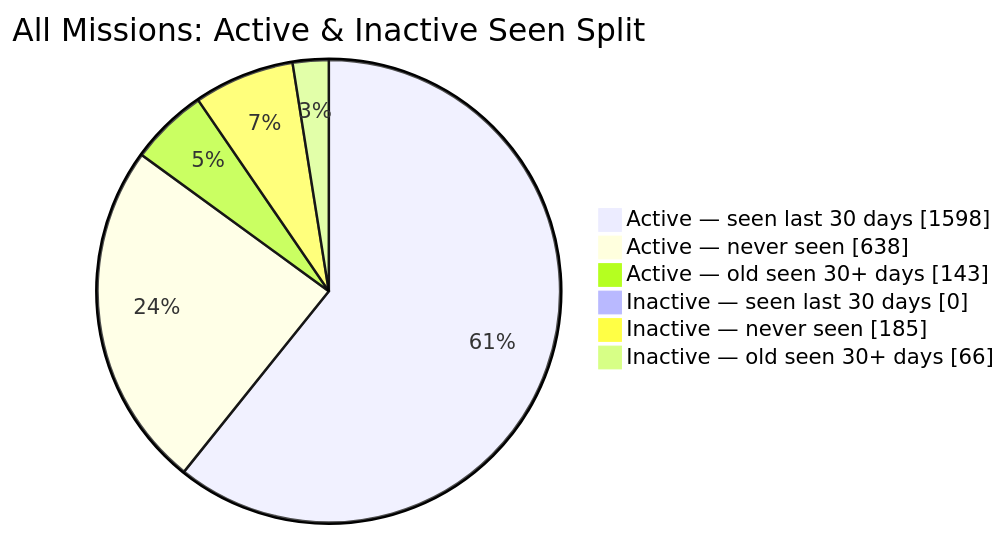
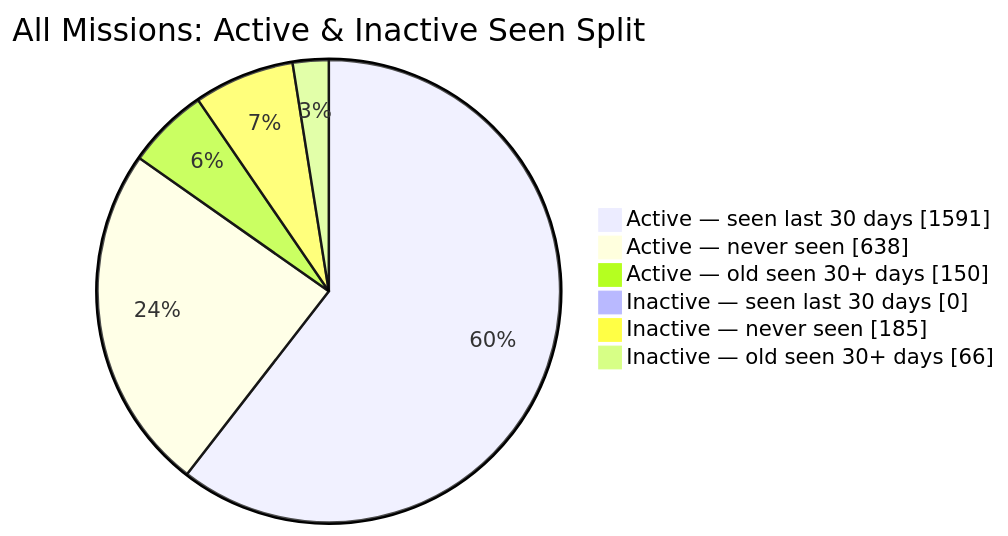
One commit to MeldkamerspelGameTeam/active-missions changed the second of 2 diagrams in README.md. Above: the diagram before and after it, drawn with Mermaid. The commit also changed other lines of this file and 3 other files, not shown here.

````diff
--- a/README.md
+++ b/README.md
@@ -44,10 +44,10 @@
 ```mermaid
 pie showData
     title All Missions: Active & Inactive Seen Split
-    "Active — seen last 30 days" : 1598
+    "Active — seen last 30 days" : 1591
     "Active — never seen" : 638
-    "Active — old seen 30+ days" : 143
+    "Active — old seen 30+ days" : 150
     "Inactive — seen last 30 days" : 0
     "Inactive — never seen" : 185
     "Inactive — old seen 30+ days" : 66
 ```
````
